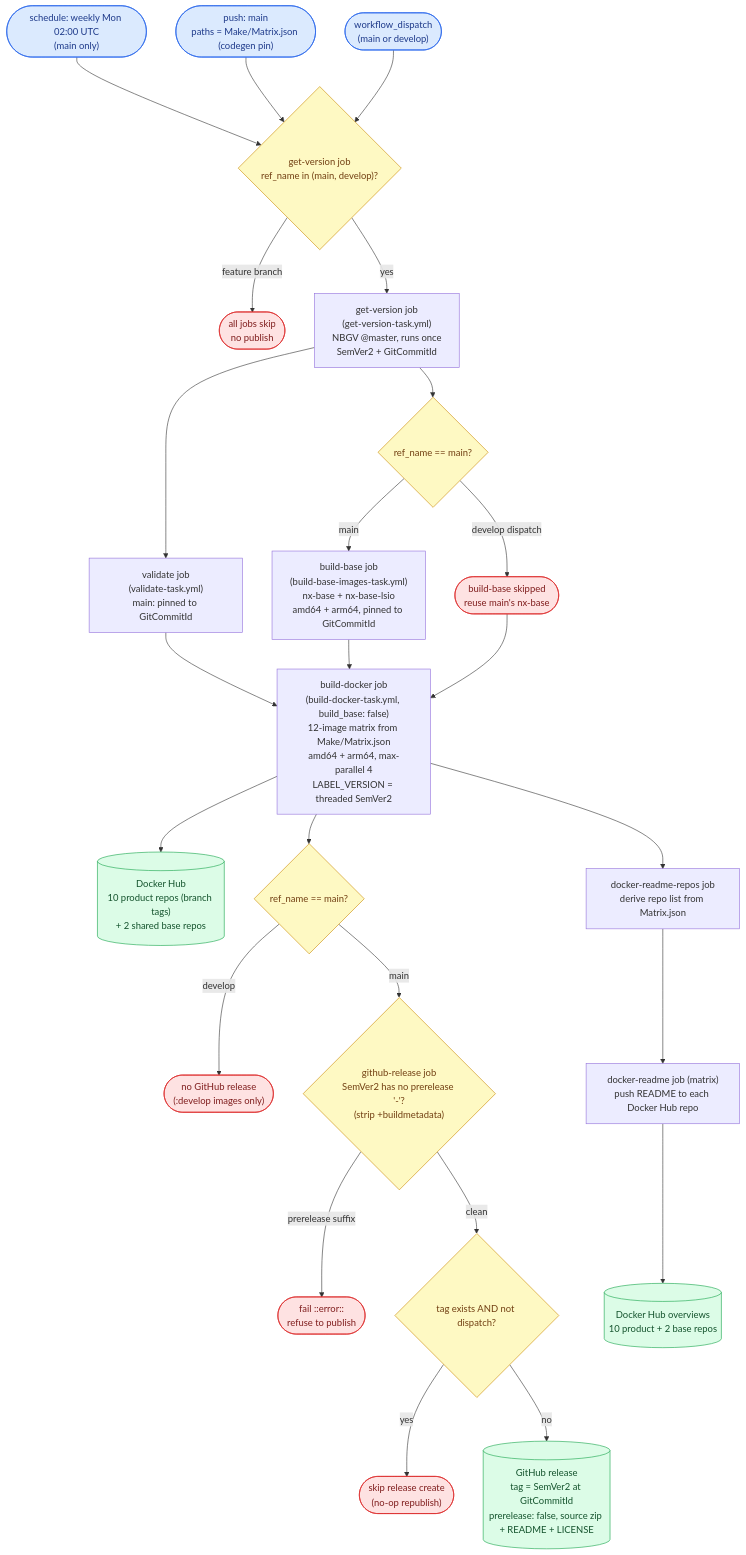
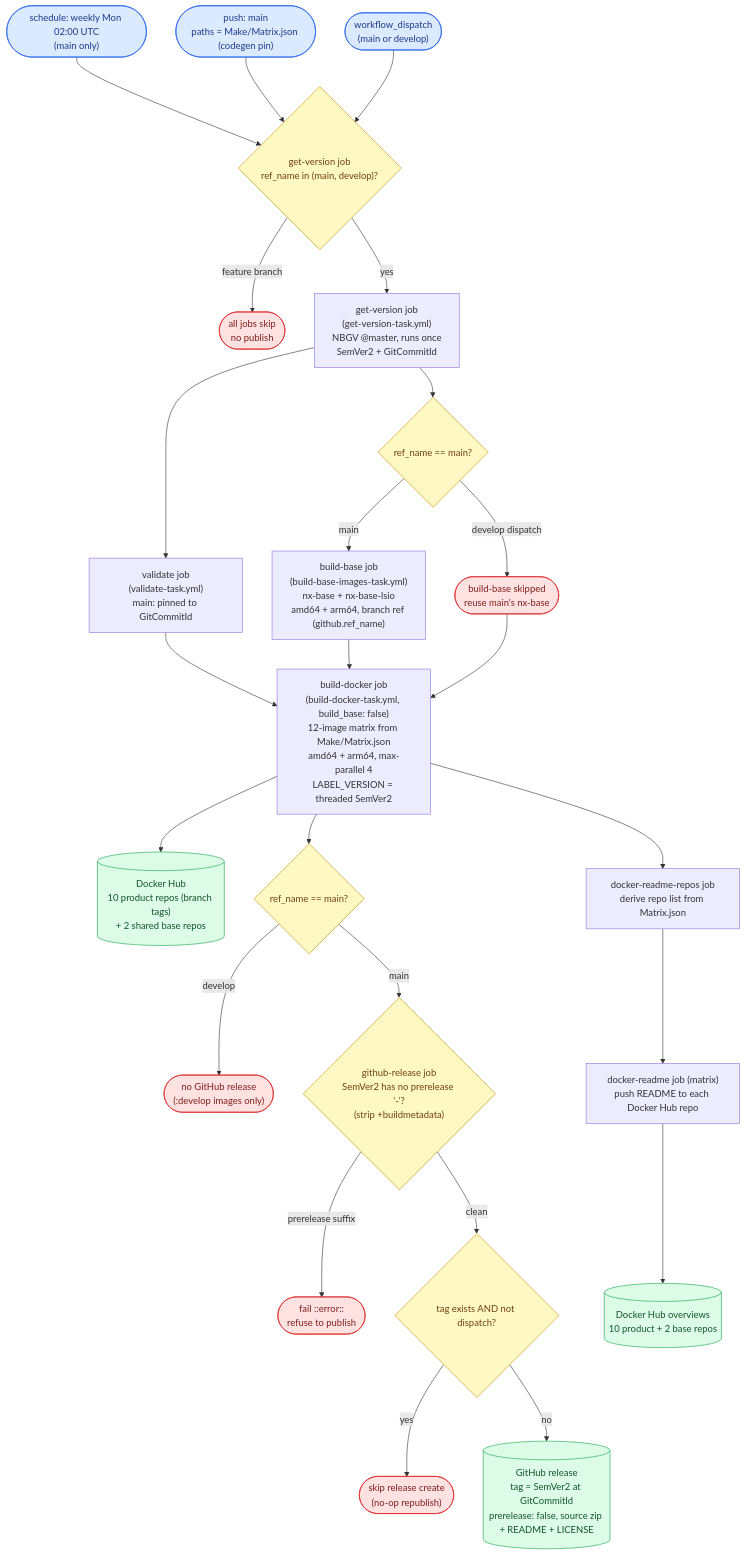
One commit to ptr727/NxWitness changed the second of 4 diagrams in WORKFLOW.md. Above: the diagram before and after it, drawn with Mermaid. The commit also changed other lines of this file, not shown here.

Commit message:
docs(workflow): correct two diagram nodes to match main's code
The diagrams were first drawn against develop, which was behind main. Two
nodes were stale once develop adopted main's tree:
- CI change-gate listed Matrix.json/Version.json; the filter actually
  matches Make/Matrix.json and Make/Version.json.
- The publish diagram labelled the base build "pinned to GitCommitId"; on
  main the shared base builds from the branch ref (github.ref_name) so its
  branch-scoped buildcache tag is correct (commit 418151b).

````diff
--- a/WORKFLOW.md
+++ b/WORKFLOW.md
@@ -257,32 +257,32 @@
 ```mermaid
 flowchart TD
     P1(["schedule: weekly Mon 02:00 UTC<br/>(main only)"]):::trig --> GV
     P2(["push: main<br/>paths = Make/Matrix.json (codegen pin)"]):::trig --> GV
     P3(["workflow_dispatch<br/>(main or develop)"]):::trig --> GV
     GV{"get-version job<br/>ref_name in (main, develop)?"}:::gate
     GV -- "feature branch" --> GVS(["all jobs skip<br/>no publish"]):::stop
     GV -- "yes" --> GVR["get-version job<br/>(get-version-task.yml)<br/>NBGV @master, runs once<br/>SemVer2 + GitCommitId"]
     GVR --> BB{"ref_name == main?"}:::gate
     BB -- "develop dispatch" --> BBS(["build-base skipped<br/>reuse main's nx-base"]):::stop
-    BB -- "main" --> BBJ["build-base job<br/>(build-base-images-task.yml)<br/>nx-base + nx-base-lsio<br/>amd64 + arm64, pinned to GitCommitId"]
+    BB -- "main" --> BBJ["build-base job<br/>(build-base-images-task.yml)<br/>nx-base + nx-base-lsio<br/>amd64 + arm64, branch ref (github.ref_name)"]
     GVR --> VAL["validate job<br/>(validate-task.yml)<br/>main: pinned to GitCommitId"]
     VAL --> BD
     BBJ --> BD
     BBS --> BD
     BD["build-docker job<br/>(build-docker-task.yml, build_base: false)<br/>12-image matrix from Make/Matrix.json<br/>amd64 + arm64, max-parallel 4<br/>LABEL_VERSION = threaded SemVer2"]
     BD --> DH[("Docker Hub<br/>10 product repos (branch tags)<br/>+ 2 shared base repos")]:::pub
     BD --> RG{"ref_name == main?"}:::gate
     RG -- "develop" --> RGS(["no GitHub release<br/>(:develop images only)"]):::stop
     RG -- "main" --> VPR{"github-release job<br/>SemVer2 has no prerelease '-'?<br/>(strip +buildmetadata)"}:::gate
     VPR -- "prerelease suffix" --> VPRX(["fail ::error::<br/>refuse to publish"]):::stop
     VPR -- "clean" --> EX{"tag exists AND not dispatch?"}:::gate
     EX -- "yes" --> EXS(["skip release create<br/>(no-op republish)"]):::stop
     EX -- "no" --> REL[("GitHub release<br/>tag = SemVer2 at GitCommitId<br/>prerelease: false, source zip + README + LICENSE")]:::pub
     BD --> DRR["docker-readme-repos job<br/>derive repo list from Matrix.json"]
     DRR --> DRM["docker-readme job (matrix)<br/>push README to each Docker Hub repo"]
     DRM --> DRO[("Docker Hub overviews<br/>10 product + 2 base repos")]:::pub
     classDef trig fill:#dbeafe,stroke:#2563eb,color:#1e3a8a
     classDef gate fill:#fef9c3,stroke:#ca8a04,color:#713f12
     classDef pub fill:#dcfce7,stroke:#16a34a,color:#14532d
     classDef stop fill:#fee2e2,stroke:#dc2626,color:#7f1d1d
 ```
````
